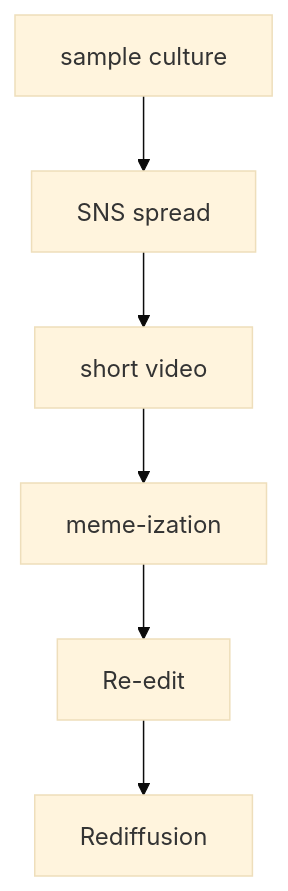
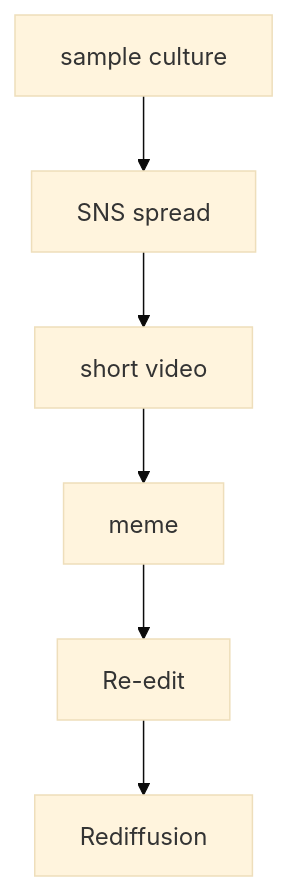
Before and after one commit to monumental-movement/monumental-movement.github.io: the seventh of 8 diagrams in en/_posts/2026-05-24-column-free-sample-music.md, drawn with Mermaid (base theme). The commit also changed other lines of this file and 851 other files, not shown here.

```diff
--- a/en/_posts/2026-05-24-column-free-sample-music.md
+++ b/en/_posts/2026-05-24-column-free-sample-music.md
@@ -574,8 +574,8 @@
 <div class="mermaid">
 flowchart TD
 A[sample culture] --> B[SNS spread]
 B --> C[short video]
-C --> D[meme-ization]
+C --> D[meme]
 D --> E[Re-edit]
 E --> F[Rediffusion]
 </div>
```
